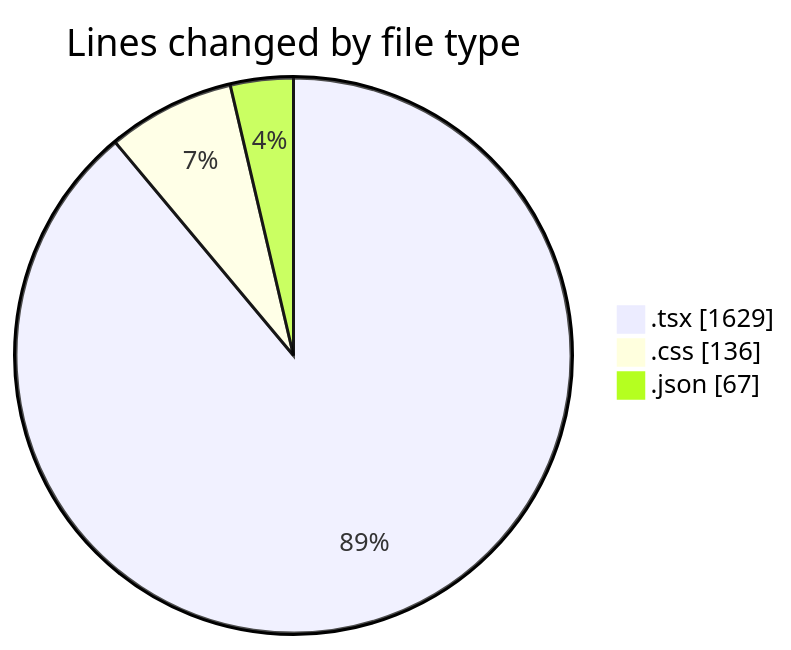
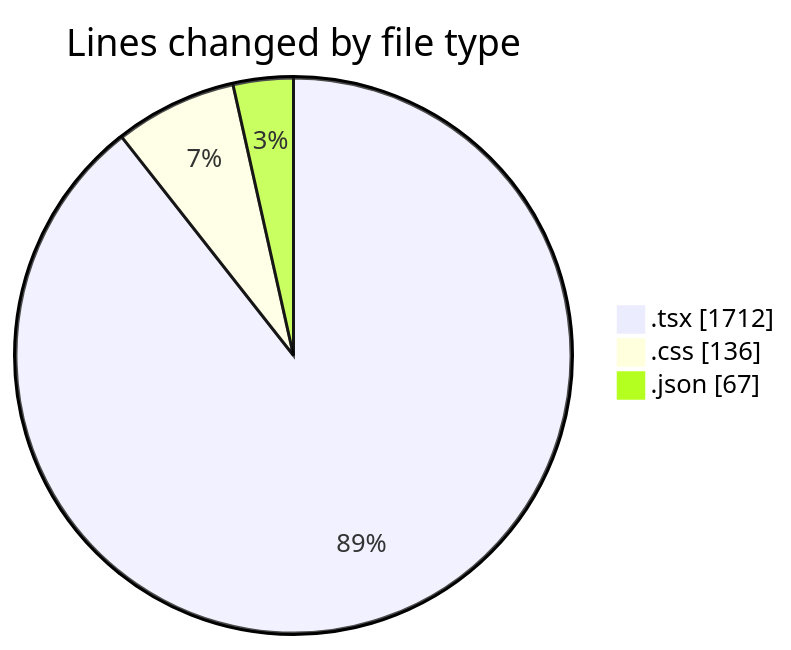
The first of 2 diagrams in 2025-01-08/mbc-web/README.md (robertbonfada/code-tracking), drawn with Mermaid before and after one commit. The commit also changed other lines of this file and 1 other file, not shown here.

````diff
--- a/2025-01-08/mbc-web/README.md
+++ b/2025-01-08/mbc-web/README.md
@@ -34,7 +34,7 @@
 ```mermaid
 pie showData
 title Lines changed by file type
-".tsx" : 1629
+".tsx" : 1712
 ".css" : 136
 ".json" : 67
 ```
````
